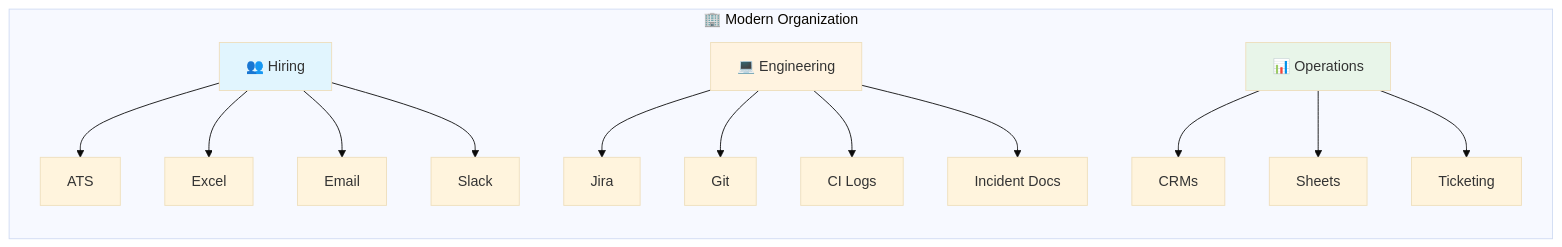
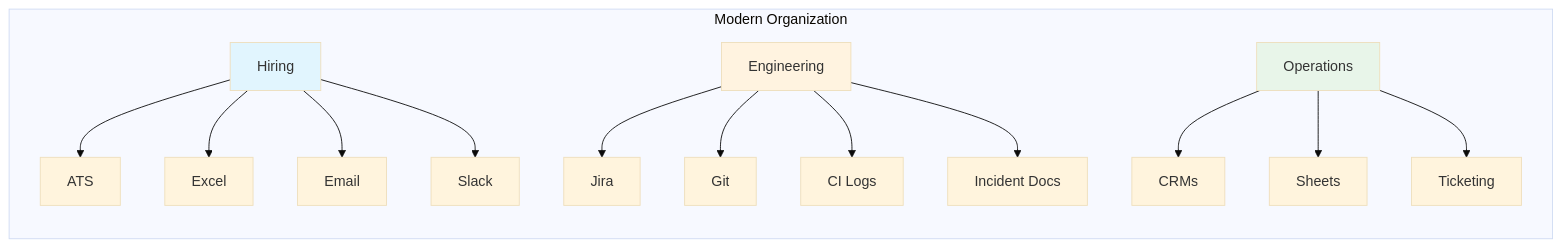
The first of 10 diagrams in README.md (Arjun-Walia/MERIDIAN-), drawn with Mermaid (base theme) before and after one commit. The commit also changed other lines of this file, not shown here.

````diff
--- a/README.md
+++ b/README.md
@@ -52,22 +44,22 @@
 ```mermaid
 graph LR
-    subgraph "🏢 Modern Organization"
-        A["👥 Hiring"] --> A1[ATS]
+    subgraph "Modern Organization"
+        A["Hiring"] --> A1[ATS]
         A --> A2[Excel]
         A --> A3[Email]
         A --> A4[Slack]
         
-        B["💻 Engineering"] --> B1[Jira]
+        B["Engineering"] --> B1[Jira]
         B --> B2[Git]
         B --> B3[CI Logs]
         B --> B4[Incident Docs]
         
-        C["📊 Operations"] --> C1[CRMs]
+        C["Operations"] --> C1[CRMs]
         C --> C2[Sheets]
         C --> C3[Ticketing]
     end
     
     style A fill:#e1f5fe
     style B fill:#fff3e0
     style C fill:#e8f5e9
 ```
````
